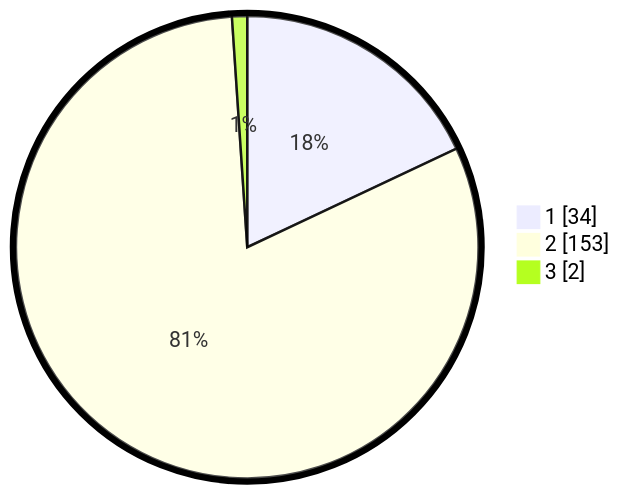
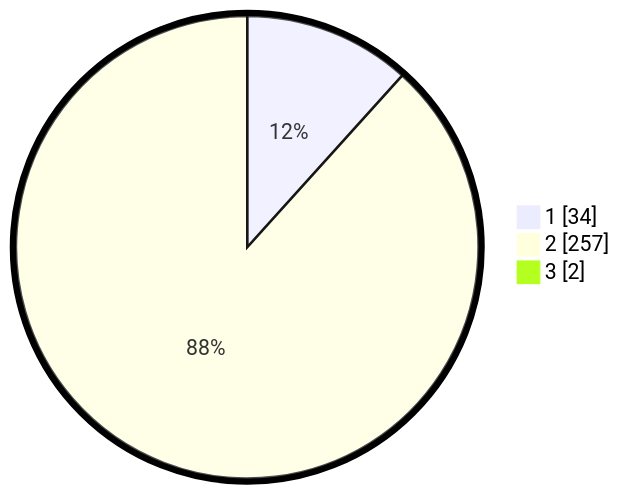
Before and after one commit to gigit-pemilu/pemilu-2024-52-nusa-tenggara-barat: the second of 2 diagrams in pilpres/hitung-suara/sub/52-nusa-tenggara-barat/sub/01-lombok-barat/sub/15-kuripan/sub/2004-kuripan-selatan/sub/013-tps/README.md, drawn with Mermaid. The commit also changed other lines of this file and 143 other files, not shown here.

````diff
--- a/pilpres/hitung-suara/sub/52-nusa-tenggara-barat/sub/01-lombok-barat/sub/15-kuripan/sub/2004-kuripan-selatan/sub/013-tps/README.md
+++ b/pilpres/hitung-suara/sub/52-nusa-tenggara-barat/sub/01-lombok-barat/sub/15-kuripan/sub/2004-kuripan-selatan/sub/013-tps/README.md
@@ -13,7 +13,7 @@
 ```mermaid
 %%{init: {"pie": {"textPosition": 0.5}, "themeVariables": {"pieOuterStrokeWidth": "5px"}} }%%
 pie showData
     "1" : 34
-    "2" : 153
+    "2" : 257
     "3" : 2
 ```
````
